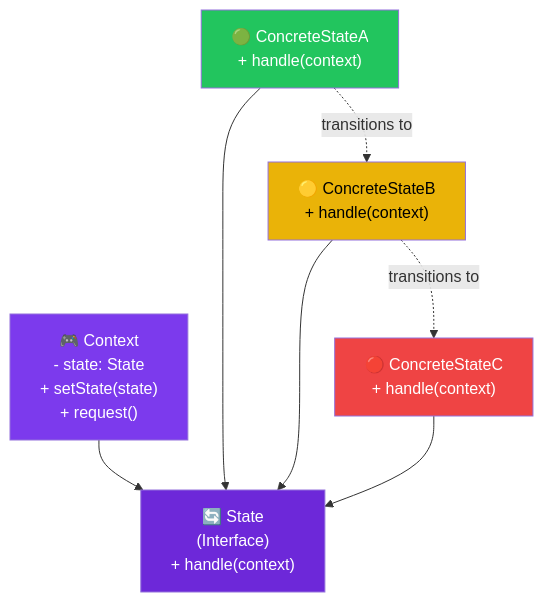
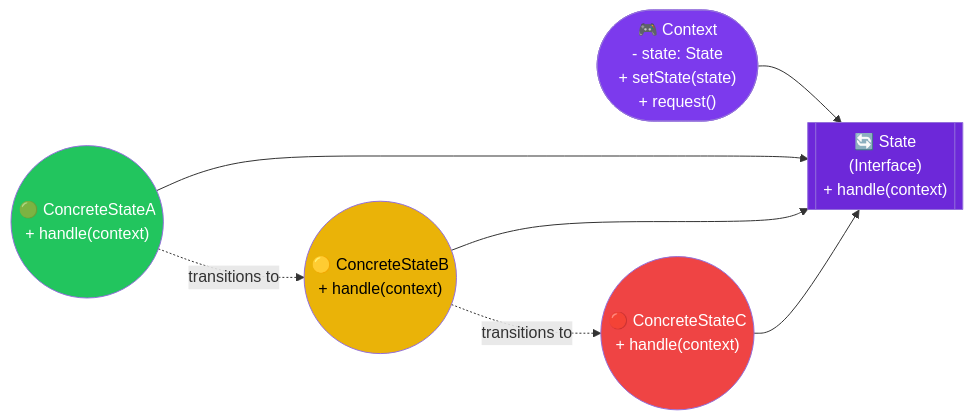
One commit to saivamsikaruturi/vamsilabs-dev-notes-main changed the second of 3 diagrams in docs/designpatterns/behaviouralDesignPatterns/StateDp.md. Above: the diagram before and after it, drawn with Mermaid. The commit also changed other lines of this file and 146 other files, not shown here.

Commit message:
Horizontal diagrams, UML class diagrams, typography overhaul, and permalink cleanup

````diff
--- a/docs/designpatterns/behaviouralDesignPatterns/StateDp.md
+++ b/docs/designpatterns/behaviouralDesignPatterns/StateDp.md
@@ -30,21 +30,21 @@
 ```mermaid
-flowchart TD
-    Context["🎮 Context\n- state: State\n+ setState(state)\n+ request()"]
-    State["🔄 State\n(Interface)\n+ handle(context)"]
-    ConcreteStateA["🟢 ConcreteStateA\n+ handle(context)"]
-    ConcreteStateB["🟡 ConcreteStateB\n+ handle(context)"]
-    ConcreteStateC["🔴 ConcreteStateC\n+ handle(context)"]
+flowchart LR
+    Context(["🎮 Context\n- state: State\n+ setState(state)\n+ request()"])
+    State[["🔄 State\n(Interface)\n+ handle(context)"]]
+    ConcreteStateA(("🟢 ConcreteStateA\n+ handle(context)"))
+    ConcreteStateB(("🟡 ConcreteStateB\n+ handle(context)"))
+    ConcreteStateC(("🔴 ConcreteStateC\n+ handle(context)"))
 
     Context --> State
     ConcreteStateA --> State
     ConcreteStateB --> State
     ConcreteStateC --> State
     ConcreteStateA -.->|"transitions to"| ConcreteStateB
     ConcreteStateB -.->|"transitions to"| ConcreteStateC
 
     style Context fill:#7c3aed,color:#fff
     style State fill:#6d28d9,color:#fff
     style ConcreteStateA fill:#22c55e,color:#fff
     style ConcreteStateB fill:#eab308,color:#000
     style ConcreteStateC fill:#ef4444,color:#fff
 ```
````
